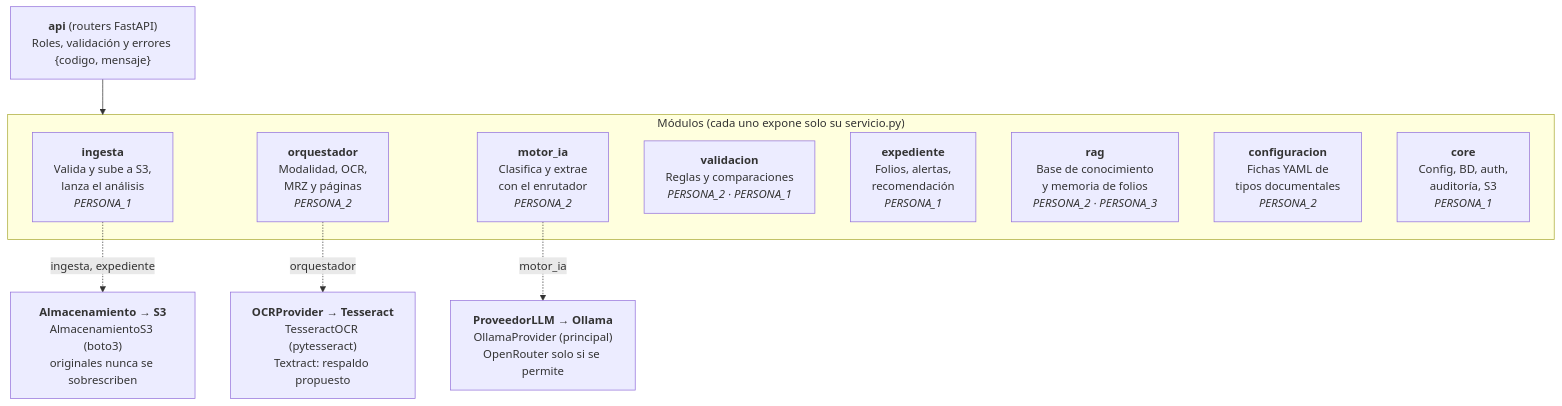
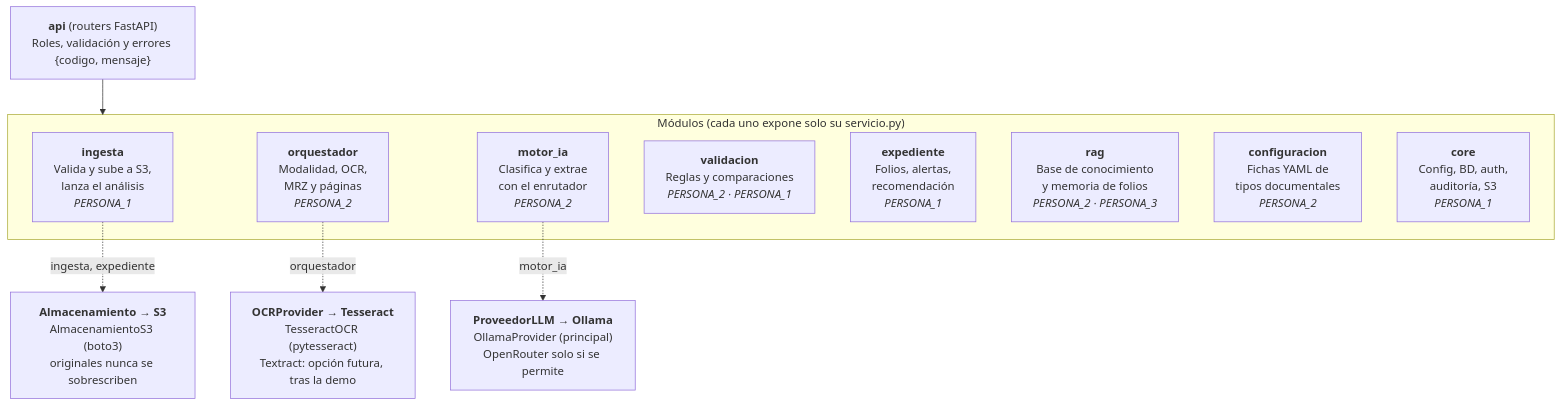
Before and after one commit to SantiagoEspinosa-ai/Gestor_Documental: the third of 4 diagrams in docs/arquitectura_solucion.md, drawn with Mermaid. The commit also changed other lines of this file, not shown here.

````diff
--- a/docs/arquitectura_solucion.md
+++ b/docs/arquitectura_solucion.md
@@ -102,24 +102,24 @@
 ```mermaid
 flowchart TB
     api["<b>api</b> (routers FastAPI)<br/>Roles, validación y errores {codigo, mensaje}"]
 
     subgraph modulos["Módulos (cada uno expone solo su servicio.py)"]
         ingesta["<b>ingesta</b><br/>Valida y sube a S3,<br/>lanza el análisis<br/><i>PERSONA_1</i>"]
         orquestador["<b>orquestador</b><br/>Modalidad, OCR,<br/>MRZ y páginas<br/><i>PERSONA_2</i>"]
         motor["<b>motor_ia</b><br/>Clasifica y extrae<br/>con el enrutador<br/><i>PERSONA_2</i>"]
         validacion["<b>validacion</b><br/>Reglas y comparaciones<br/><i>PERSONA_2 · PERSONA_1</i>"]
         expediente["<b>expediente</b><br/>Folios, alertas,<br/>recomendación<br/><i>PERSONA_1</i>"]
         rag["<b>rag</b><br/>Base de conocimiento<br/>y memoria de folios<br/><i>PERSONA_2 · PERSONA_3</i>"]
         configuracion["<b>configuracion</b><br/>Fichas YAML de<br/>tipos documentales<br/><i>PERSONA_2</i>"]
         core["<b>core</b><br/>Config, BD, auth,<br/>auditoría, S3<br/><i>PERSONA_1</i>"]
     end
 
     alm["<b>Almacenamiento → S3</b><br/>AlmacenamientoS3 (boto3)<br/>originales nunca se sobrescriben"]
-    ocr["<b>OCRProvider → Tesseract</b><br/>TesseractOCR (pytesseract)<br/>Textract: respaldo propuesto"]
+    ocr["<b>OCRProvider → Tesseract</b><br/>TesseractOCR (pytesseract)<br/>Textract: opción futura, tras la demo"]
     llm["<b>ProveedorLLM → Ollama</b><br/>OllamaProvider (principal)<br/>OpenRouter solo si se permite"]
 
     api --> modulos
     ingesta -. "ingesta, expediente" .-> alm
     orquestador -. "orquestador" .-> ocr
     motor -. "motor_ia" .-> llm
 ```
````
